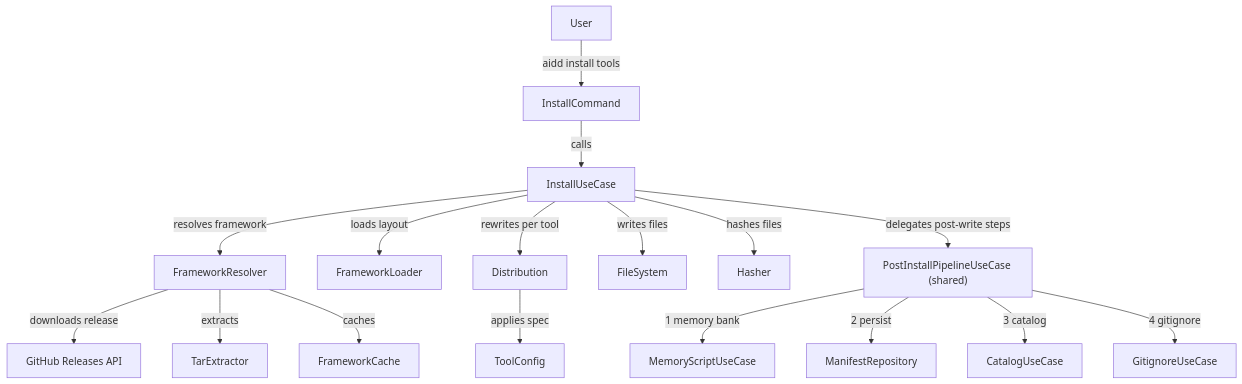
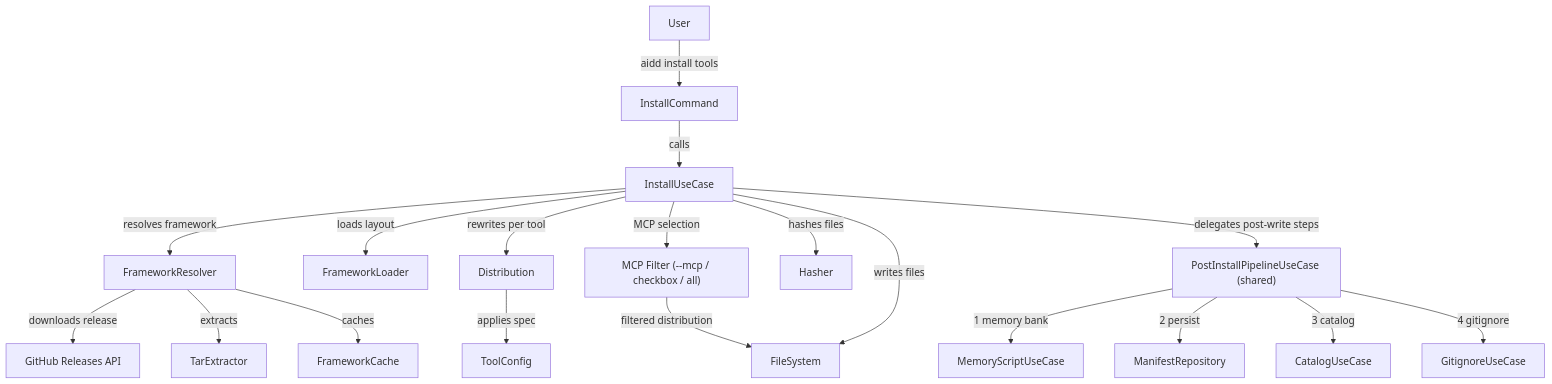
The third of 3 diagrams in aidd_docs/memory/architecture.md (ai-driven-dev/framework), drawn with Mermaid before and after one commit. The commit also changed other lines of this file and 5 other files, not shown here.

````diff
--- a/aidd_docs/memory/architecture.md
+++ b/aidd_docs/memory/architecture.md
@@ -115,19 +115,21 @@
 ```mermaid
 flowchart TD
     User["User"] -->|aidd install tools| InstallCmd["InstallCommand"]
     InstallCmd -->|calls| InstallUC["InstallUseCase"]
     InstallUC -->|resolves framework| FrameworkRes["FrameworkResolver"]
     FrameworkRes -->|downloads release| GH["GitHub Releases API"]
     FrameworkRes -->|extracts| Tar["TarExtractor"]
     FrameworkRes -->|caches| Cache["FrameworkCache"]
     InstallUC -->|loads layout| FrameworkLdr["FrameworkLoader"]
     InstallUC -->|rewrites per tool| Distrib["Distribution"]
     Distrib -->|applies spec| ToolCfg["ToolConfig"]
-    InstallUC -->|writes files| FS["FileSystem"]
+    InstallUC -->|MCP selection| McpFilter["MCP Filter (--mcp / checkbox / all)"]
+    McpFilter -->|filtered distribution| FS["FileSystem"]
+    InstallUC -->|writes files| FS
     InstallUC -->|hashes files| Hshr["Hasher"]
     InstallUC -->|delegates post-write steps| Pipeline["PostInstallPipelineUseCase (shared)"]
     Pipeline -->|1 memory bank| MemScript["MemoryScriptUseCase"]
     Pipeline -->|2 persist| ManifRepo["ManifestRepository"]
     Pipeline -->|3 catalog| Catalog["CatalogUseCase"]
     Pipeline -->|4 gitignore| Gitignore["GitignoreUseCase"]
 ```
````
